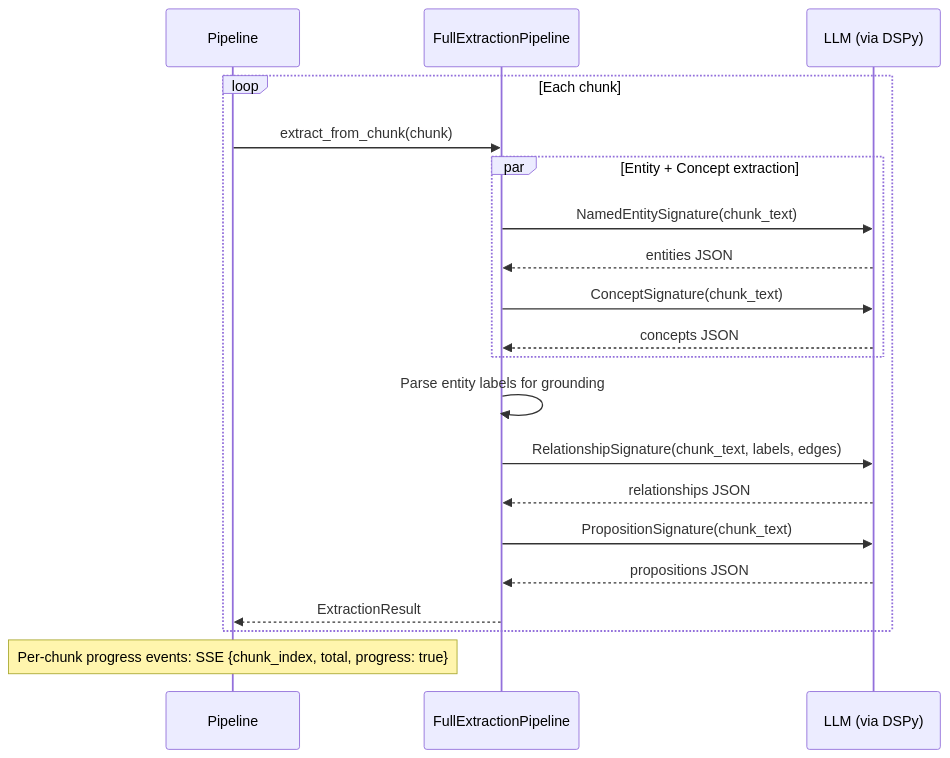
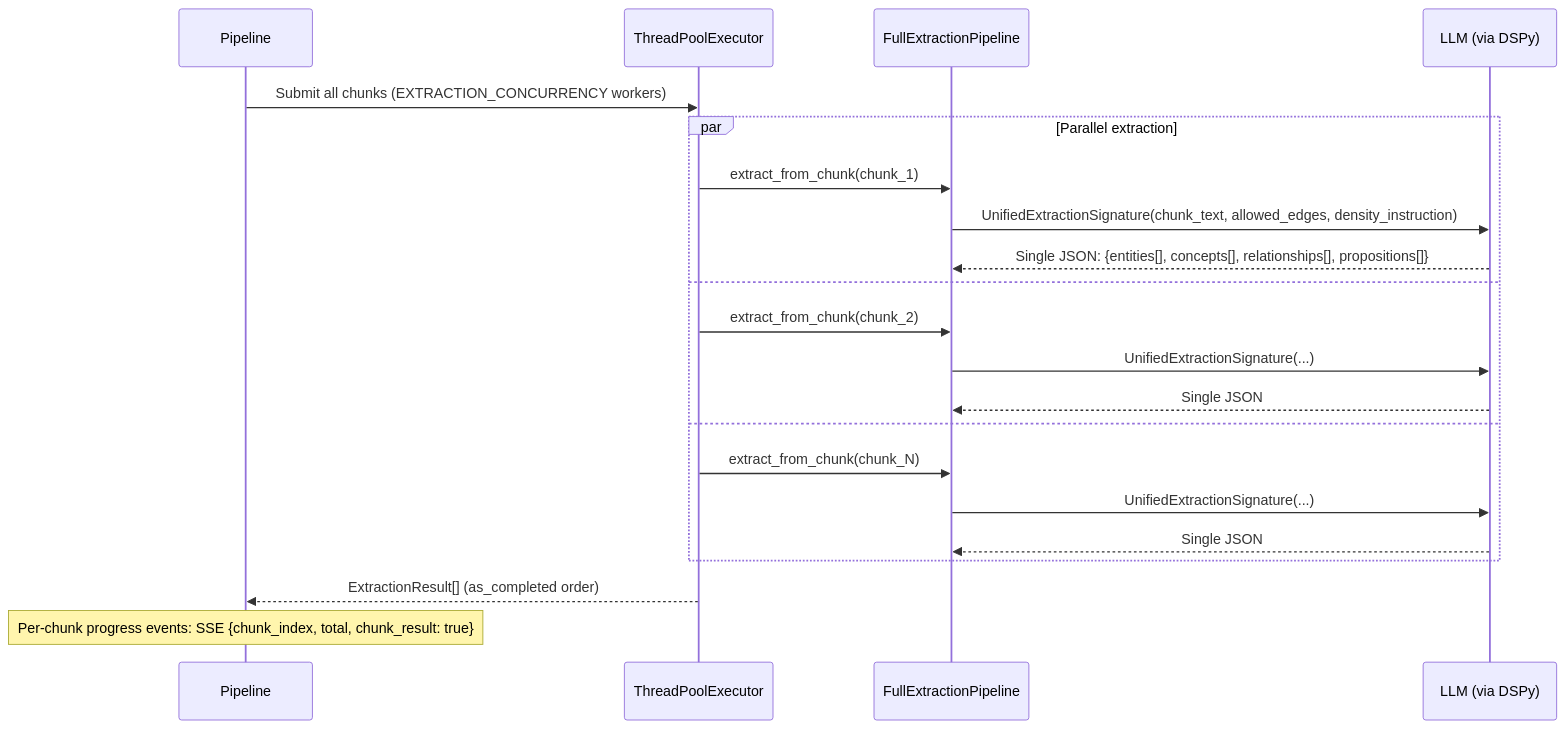
Before and after one commit to rashwin88/trident-demo: the fourth of 7 diagrams in docs/ingestion-pipeline.md, drawn with Mermaid. The commit also changed other lines of this file and 50 other files, not shown here.

````diff
--- a/docs/ingestion-pipeline.md
+++ b/docs/ingestion-pipeline.md
@@ -114,29 +147,25 @@
 ```mermaid
 sequenceDiagram
     participant P as Pipeline
+    participant TP as ThreadPoolExecutor
     participant E as FullExtractionPipeline
     participant LLM as LLM (via DSPy)
 
-    loop Each chunk
-        P->>E: extract_from_chunk(chunk)
+    P->>TP: Submit all chunks (EXTRACTION_CONCURRENCY workers)
+    par Parallel extraction
+        TP->>E: extract_from_chunk(chunk_1)
+        E->>LLM: UnifiedExtractionSignature(chunk_text, allowed_edges, density_instruction)
+        LLM-->>E: Single JSON: {entities[], concepts[], relationships[], propositions[]}
+    and
+        TP->>E: extract_from_chunk(chunk_2)
+        E->>LLM: UnifiedExtractionSignature(...)
+        LLM-->>E: Single JSON
+    and
+        TP->>E: extract_from_chunk(chunk_N)
+        E->>LLM: UnifiedExtractionSignature(...)
+        LLM-->>E: Single JSON
+    end
+    TP-->>P: ExtractionResult[] (as_completed order)
 
-        par Entity + Concept extraction
-            E->>LLM: NamedEntitySignature(chunk_text)
-            LLM-->>E: entities JSON
-            E->>LLM: ConceptSignature(chunk_text)
-            LLM-->>E: concepts JSON
-        end
-
-        E->>E: Parse entity labels for grounding
-
-        E->>LLM: RelationshipSignature(chunk_text, labels, edges)
-        LLM-->>E: relationships JSON
-
-        E->>LLM: PropositionSignature(chunk_text)
-        LLM-->>E: propositions JSON
-
-        E-->>P: ExtractionResult
-    end
-
-    Note over P: Per-chunk progress events: SSE {chunk_index, total, progress: true}
+    Note over P: Per-chunk progress events: SSE {chunk_index, total, chunk_result: true}
 ```
````
